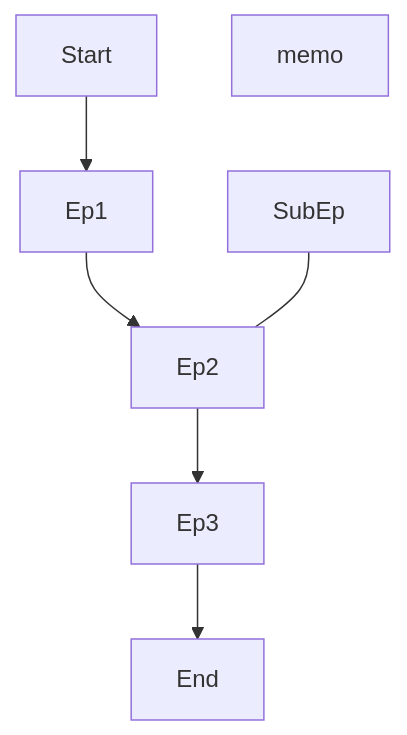
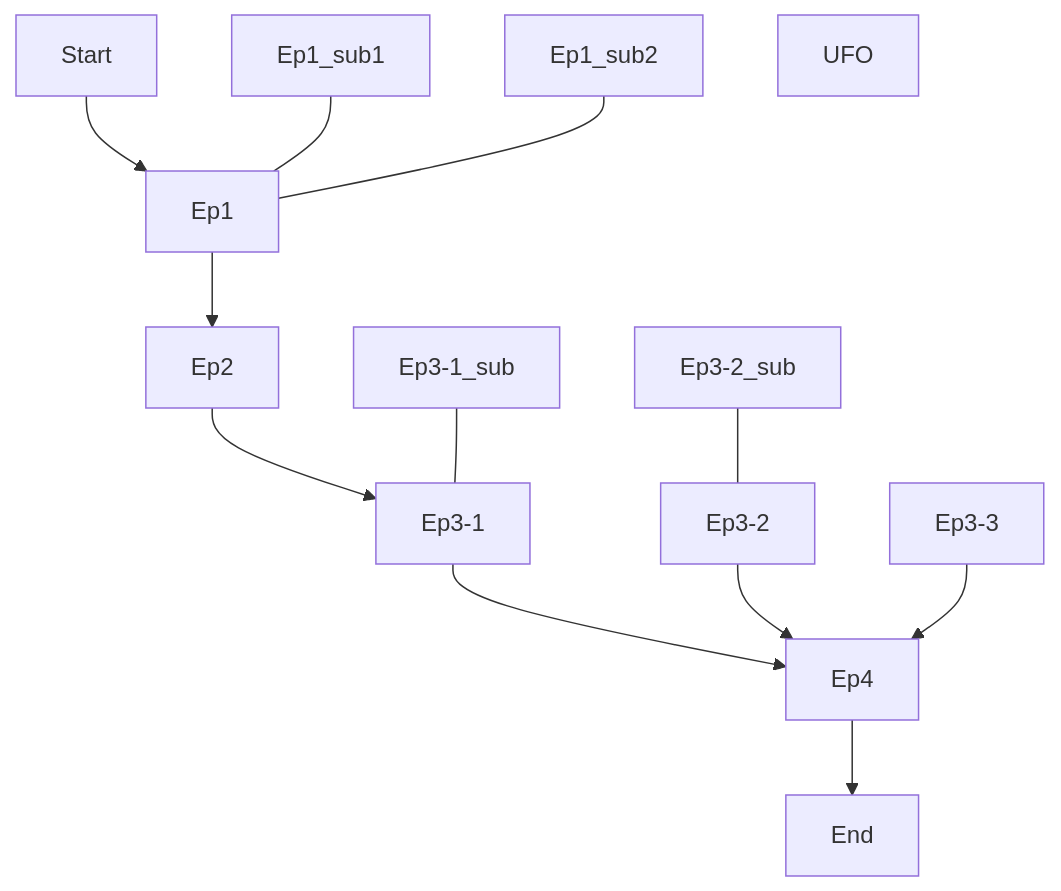
Before and after one commit to Pottal/JSON_Canvas_to_Markdown: the diagram in README.md, drawn with Mermaid.

````diff
--- a/README.md
+++ b/README.md
@@ -19,6 +19,11 @@
 ```mermaid
 flowchart TD
-    A[Start] --> B[Ep1] -->C[Ep2]-->D[Ep3]-->E[End]
-    Y[memo]
-    Z[SubEp] --- C
+    A[Start] --> B[Ep1] -->C[Ep2]-->D1[Ep3-1]-->E[Ep4]-->F[End]
+    Bsub[Ep1_sub1]---B
+    B2[Ep1_sub2]---B
+    D2[Ep3-2]-->E
+    D3[Ep3-3]-->E
+    D1sub1[Ep3-1_sub]---D1
+    D2sub1[Ep3-2_sub]---D2
+    UFO
 ```
````
